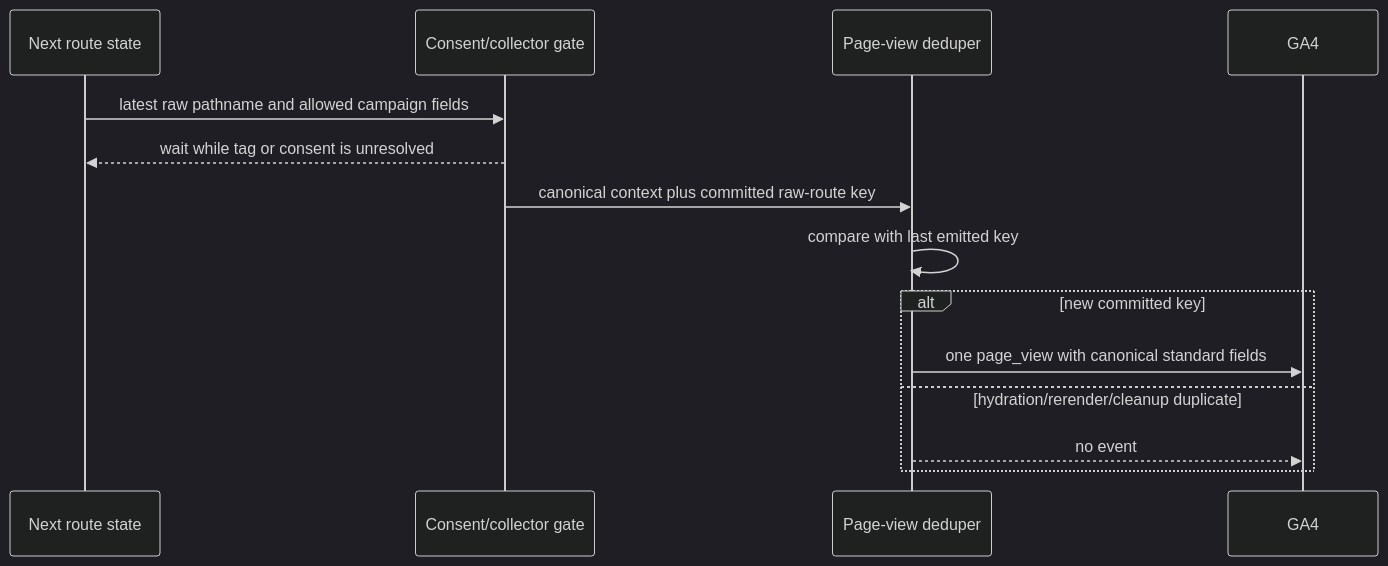
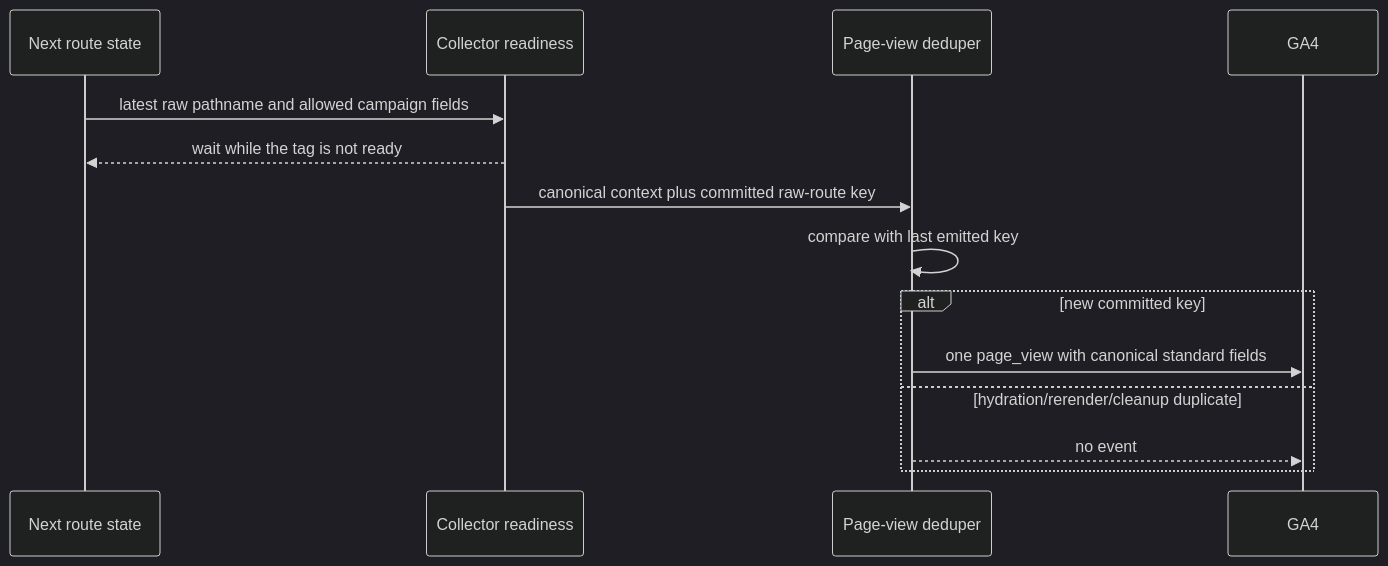
Before and after one commit to JesusFilm/forge: the second of 2 diagrams in docs/plans/2026-08-28-2331-fix-watch-ga4-measurement-plan.md, drawn with Mermaid (dark theme). The commit also changed other lines of this file and 45 other files, not shown here.

````diff
--- a/docs/plans/2026-08-28-2331-fix-watch-ga4-measurement-plan.md
+++ b/docs/plans/2026-08-28-2331-fix-watch-ga4-measurement-plan.md
@@ -229,16 +227,16 @@
 ```mermaid
 sequenceDiagram
   participant R as Next route state
-  participant C as Consent/collector gate
+  participant C as Collector readiness
   participant D as Page-view deduper
   participant G as GA4
   R->>C: latest raw pathname and allowed campaign fields
-  C-->>R: wait while tag or consent is unresolved
+  C-->>R: wait while the tag is not ready
   C->>D: canonical context plus committed raw-route key
   D->>D: compare with last emitted key
   alt new committed key
     D->>G: one page_view with canonical standard fields
   else hydration/rerender/cleanup duplicate
     D-->>G: no event
   end
 ```
````
